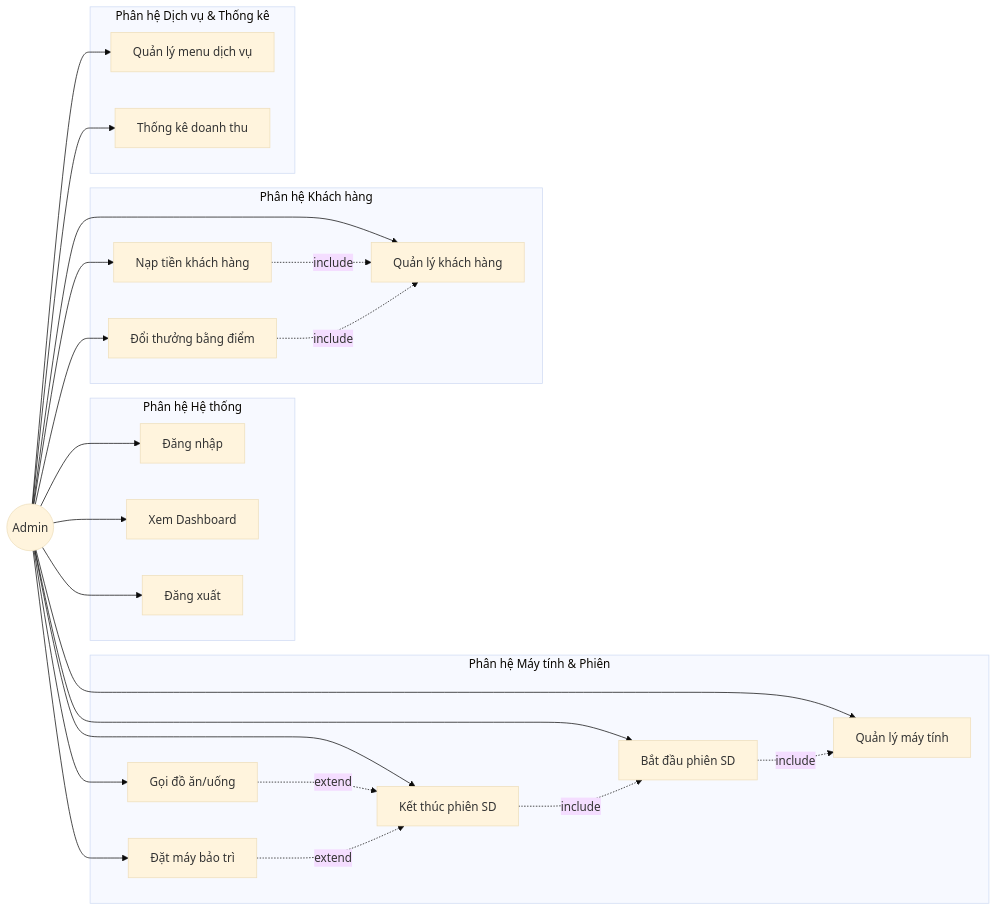
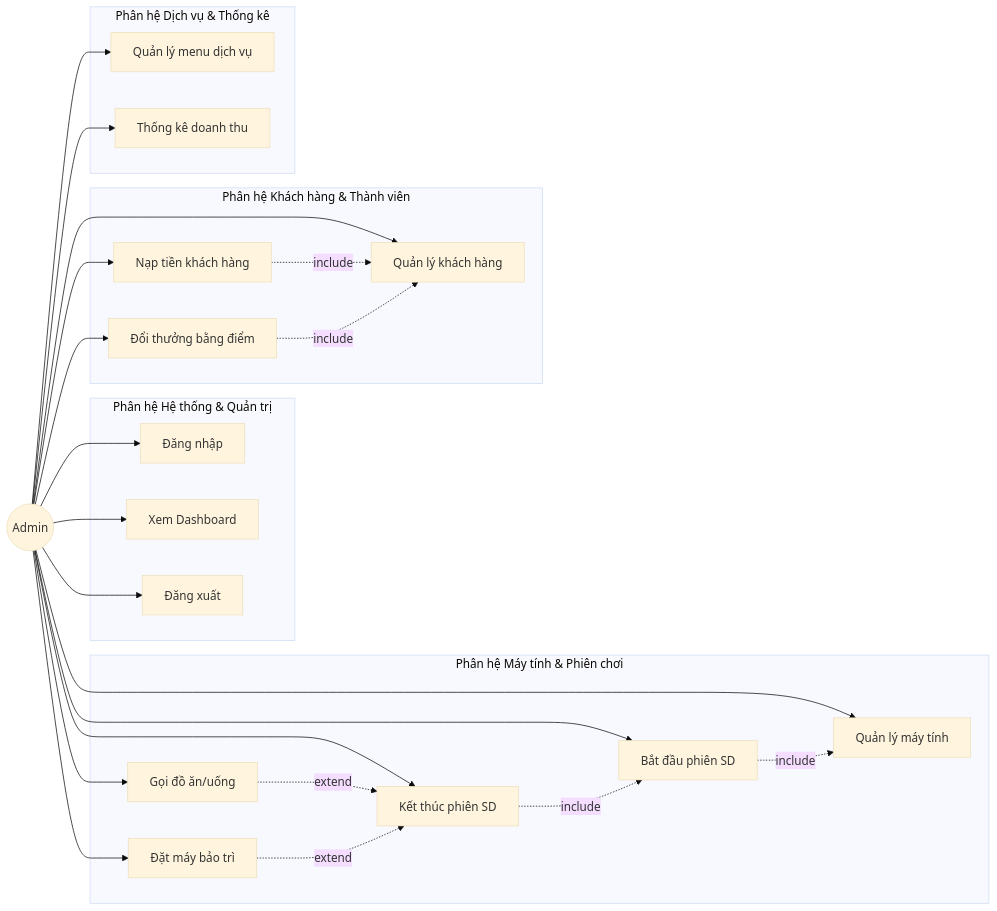
Before and after one commit to phhuyen1109/BTL: the first of 33 diagrams in BaoCao_DoAn.md, drawn with Mermaid (base theme). The commit also changed other lines of this file and 1 other file, not shown here.

````diff
--- a/BaoCao_DoAn.md
+++ b/BaoCao_DoAn.md
@@ -352,50 +350,50 @@
 ```mermaid
 graph LR
     Admin((Admin))
     
-    subgraph Phân hệ Hệ thống
+    subgraph Phân hệ Hệ thống & Quản trị
         UC01[Đăng nhập]
         UC02[Xem Dashboard]
         UC13[Đăng xuất]
     end
     
-    subgraph Phân hệ Máy tính & Phiên
+    subgraph Phân hệ Máy tính & Phiên chơi
         UC03[Quản lý máy tính]
         UC04[Bắt đầu phiên SD]
         UC05[Kết thúc phiên SD]
         UC06[Gọi đồ ăn/uống]
         UC12[Đặt máy bảo trì]
     end
     
-    subgraph Phân hệ Khách hàng
+    subgraph Phân hệ Khách hàng & Thành viên
         UC07[Quản lý khách hàng]
         UC08[Nạp tiền khách hàng]
         UC09[Đổi thưởng bằng điểm]
     end
     
     subgraph Phân hệ Dịch vụ & Thống kê
         UC10[Quản lý menu dịch vụ]
         UC11[Thống kê doanh thu]
     end
     
     Admin --> UC01
     Admin --> UC02
     Admin --> UC03
     Admin --> UC04
     Admin --> UC05
     Admin --> UC06
     Admin --> UC07
     Admin --> UC08
     Admin --> UC09
     Admin --> UC10
     Admin --> UC11
     Admin --> UC12
     Admin --> UC13
     
     UC04 -.->|include| UC03
     UC05 -.->|include| UC04
     UC06 -.->|extend| UC05
     UC08 -.->|include| UC07
     UC09 -.->|include| UC07
     UC12 -.->|extend| UC05
 ```
````
